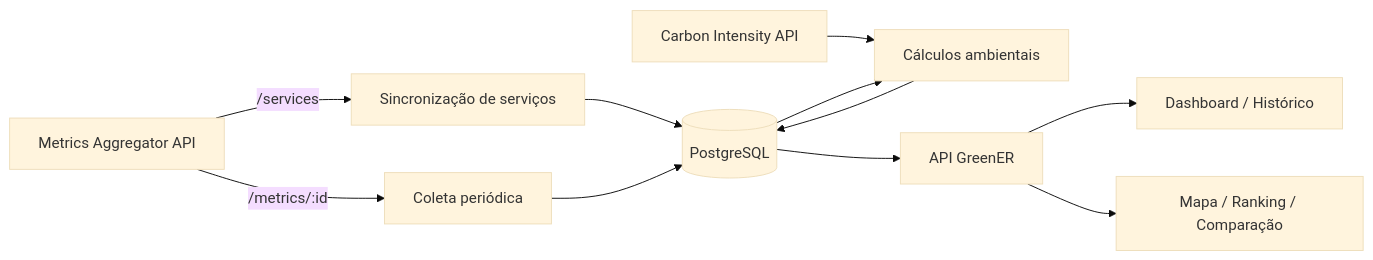
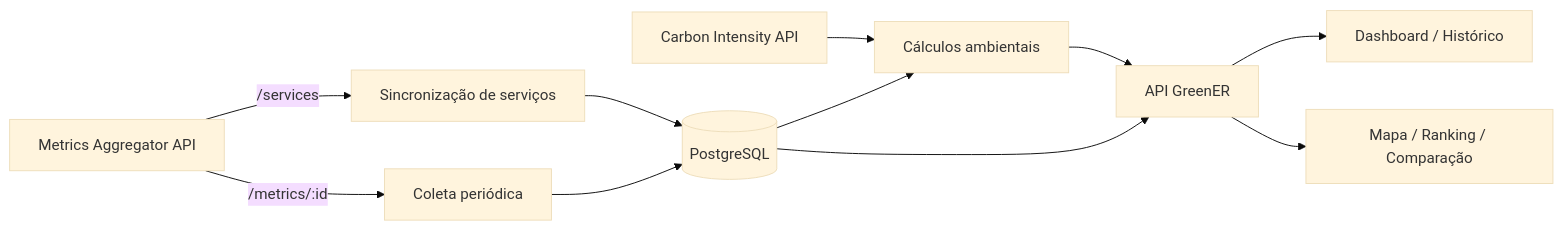
One commit to let-zapplin/GreenER changed the second of 3 diagrams in docs/arquitetura.md. Above: the diagram before and after it, drawn with Mermaid (base theme). The commit also changed other lines of this file and 2 other files, not shown here.

````diff
--- a/docs/arquitetura.md
+++ b/docs/arquitetura.md
@@ -39,13 +41,17 @@
 ```mermaid
 flowchart LR
     M[Metrics Aggregator API] -->|/services| S[Sincronização de serviços]
     M -->|/metrics/:id| C[Coleta periódica]
+
     S --> DB[(PostgreSQL)]
     C --> DB
+
     CI[Carbon Intensity API] --> CALC[Cálculos ambientais]
     DB --> CALC
-    CALC --> DB
-    DB --> API[API GreenER]
+
+    CALC --> API[API GreenER]
+    DB --> API
+
     API --> DASH[Dashboard / Histórico]
     API --> ANA[Mapa / Ranking / Comparação]
 ```
````
